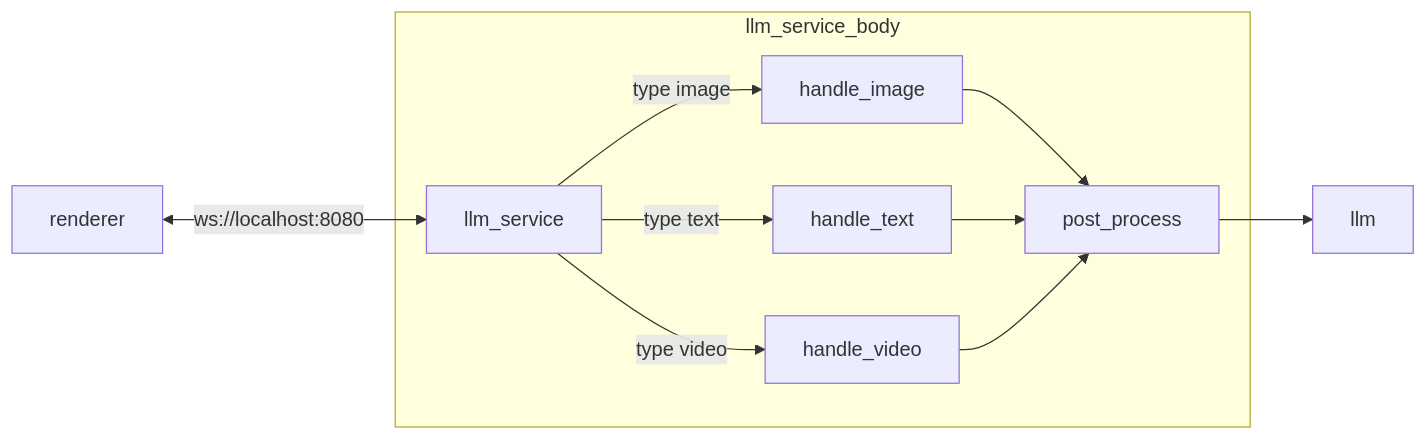
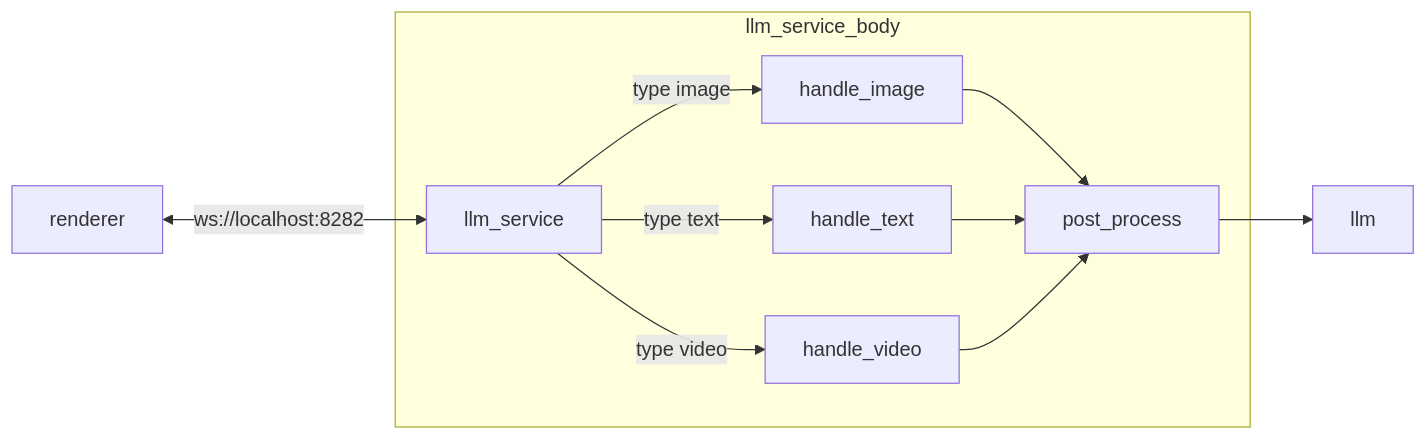
One commit to MRSHIMMER/openmcp-client changed the third of 3 diagrams in service/README.md. Above: the diagram before and after it, drawn with Mermaid. The commit also changed other lines of this file and 9 other files, not shown here.

````diff
--- a/service/README.md
+++ b/service/README.md
@@ -39,15 +39,15 @@
 ```mermaid
 graph LR
 
-renderer <--ws://localhost:8080--> llm_service
+renderer <--ws://localhost:8282--> llm_service
 subgraph llm_service_body
     llm_service --type image --> handle_image
     llm_service --type text --> handle_text
     llm_service --type video --> handle_video
     handle_image --> post_process
     handle_text --> post_process
     handle_video --> post_process
 end
 
 post_process --> llm
 ```
````
